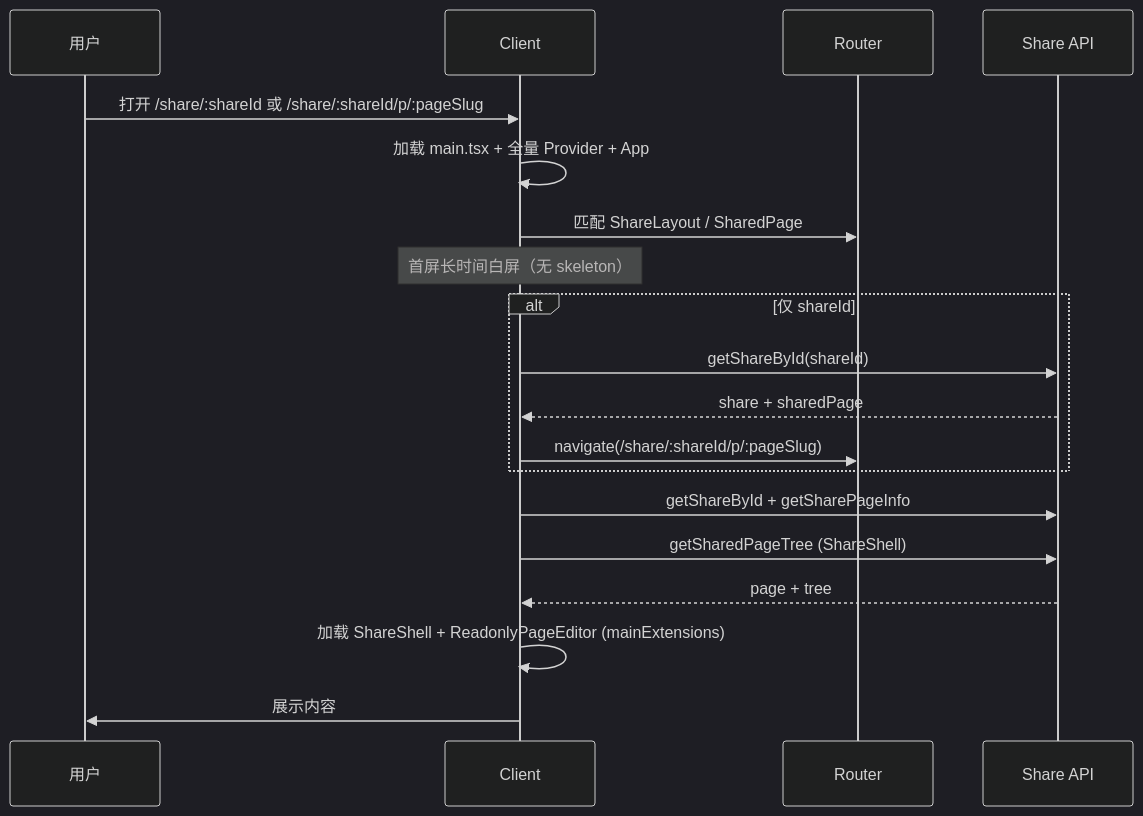
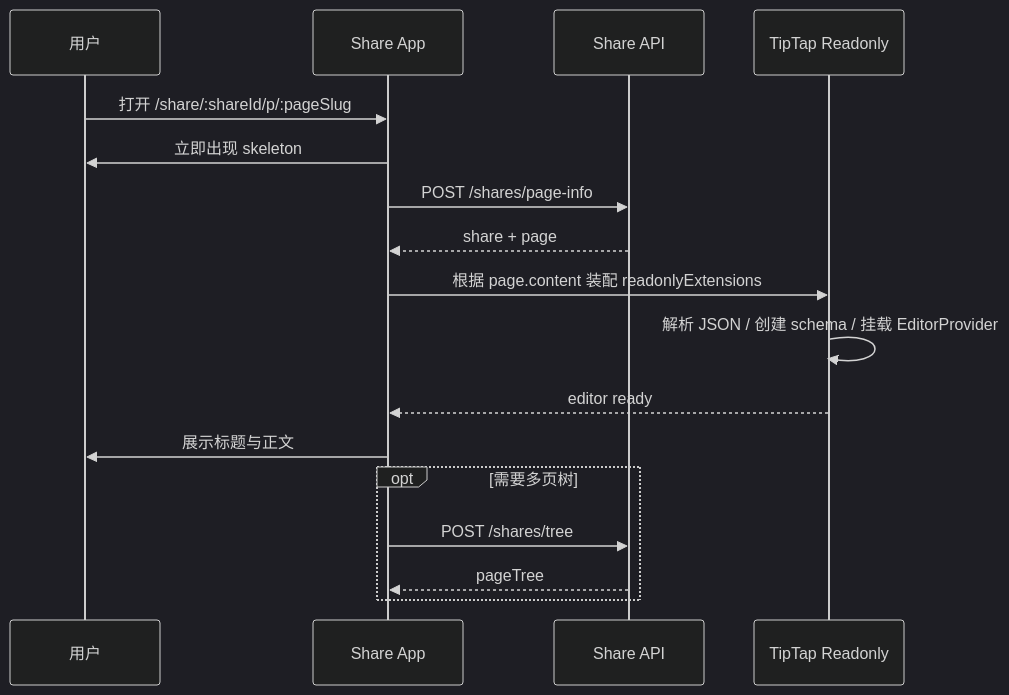
The first of 5 diagrams in docs/prd/20260305_01_share-page-performance/05_时序与状态机.md (wushushuochanpin/docmost), drawn with Mermaid (dark theme) before and after one commit. The commit also changed other lines of this file and 82 other files, not shown here.

First line of the commit message:
feat: share page performance (SSR/static) & share password expiry 30m

````diff
--- a/docs/prd/20260305_01_share-page-performance/05_时序与状态机.md
+++ b/docs/prd/20260305_01_share-page-performance/05_时序与状态机.md
@@ -16,22 +22,20 @@
 ```mermaid
 sequenceDiagram
     participant U as 用户
-    participant C as Client
-    participant R as Router
+    participant S as Share App
     participant API as Share API
+    participant E as TipTap Readonly
 
-    U->>C: 打开 /share/:shareId 或 /share/:shareId/p/:pageSlug
-    C->>C: 加载 main.tsx + 全量 Provider + App
-    C->>R: 匹配 ShareLayout / SharedPage
-    Note over C: 首屏长时间白屏（无 skeleton）
-    alt 仅 shareId
-        C->>API: getShareById(shareId)
-        API-->>C: share + sharedPage
-        C->>R: navigate(/share/:shareId/p/:pageSlug)
+    U->>S: 打开 /share/:shareId/p/:pageSlug
+    S->>U: 立即出现 skeleton
+    S->>API: POST /shares/page-info
+    API-->>S: share + page
+    S->>E: 根据 page.content 装配 readonlyExtensions
+    E->>E: 解析 JSON / 创建 schema / 挂载 EditorProvider
+    E-->>S: editor ready
+    S->>U: 展示标题与正文
+    opt 需要多页树
+        S->>API: POST /shares/tree
+        API-->>S: pageTree
     end
-    C->>API: getShareById + getSharePageInfo
-    C->>API: getSharedPageTree (ShareShell)
-    API-->>C: page + tree
-    C->>C: 加载 ShareShell + ReadonlyPageEditor (mainExtensions)
-    C->>U: 展示内容
 ```
````
